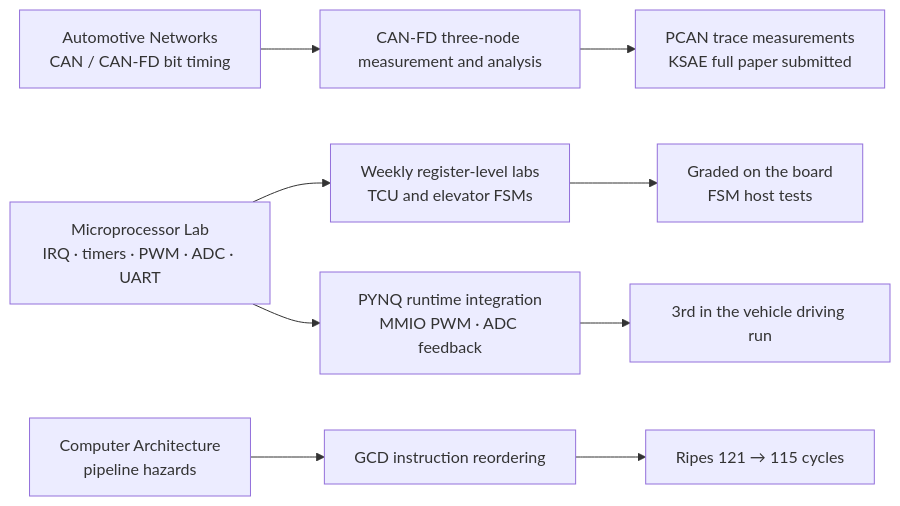
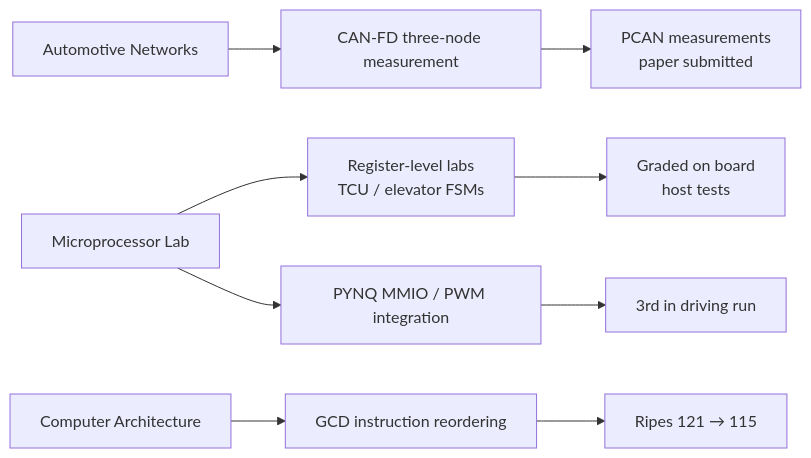
Before and after one commit to choiYhunn/choiYhunn: the first of 2 diagrams in TRAINING.en.md, drawn with Mermaid. The commit also changed 3 other files, not shown here.

````diff
--- a/TRAINING.en.md
+++ b/TRAINING.en.md
@@ -15,7 +15,7 @@
 ```mermaid
 flowchart LR
-    VN["Automotive Networks<br/>CAN / CAN-FD bit timing"] --> CF["CAN-FD three-node measurement and analysis"] --> CFV["PCAN trace measurements<br/>KSAE full paper submitted"]
-    ML["Microprocessor Lab<br/>IRQ · timers · PWM · ADC · UART"] --> WL["Weekly register-level labs<br/>TCU and elevator FSMs"] --> WLV["Graded on the board<br/>FSM host tests"]
-    ML --> PQ["PYNQ runtime integration<br/>MMIO PWM · ADC feedback"] --> PQV["3rd in the vehicle driving run"]
-    CA["Computer Architecture<br/>pipeline hazards"] --> RV["GCD instruction reordering"] --> RVV["Ripes 121 → 115 cycles"]
+    VN["Automotive Networks"] --> CF["CAN-FD three-node measurement"] --> CFV["PCAN measurements<br/>paper submitted"]
+    ML["Microprocessor Lab"] --> WL["Register-level labs<br/>TCU / elevator FSMs"] --> WLV["Graded on board<br/>host tests"]
+    ML --> PQ["PYNQ MMIO / PWM integration"] --> PQV["3rd in driving run"]
+    CA["Computer Architecture"] --> RV["GCD instruction reordering"] --> RVV["Ripes 121 → 115"]
 ```
````
